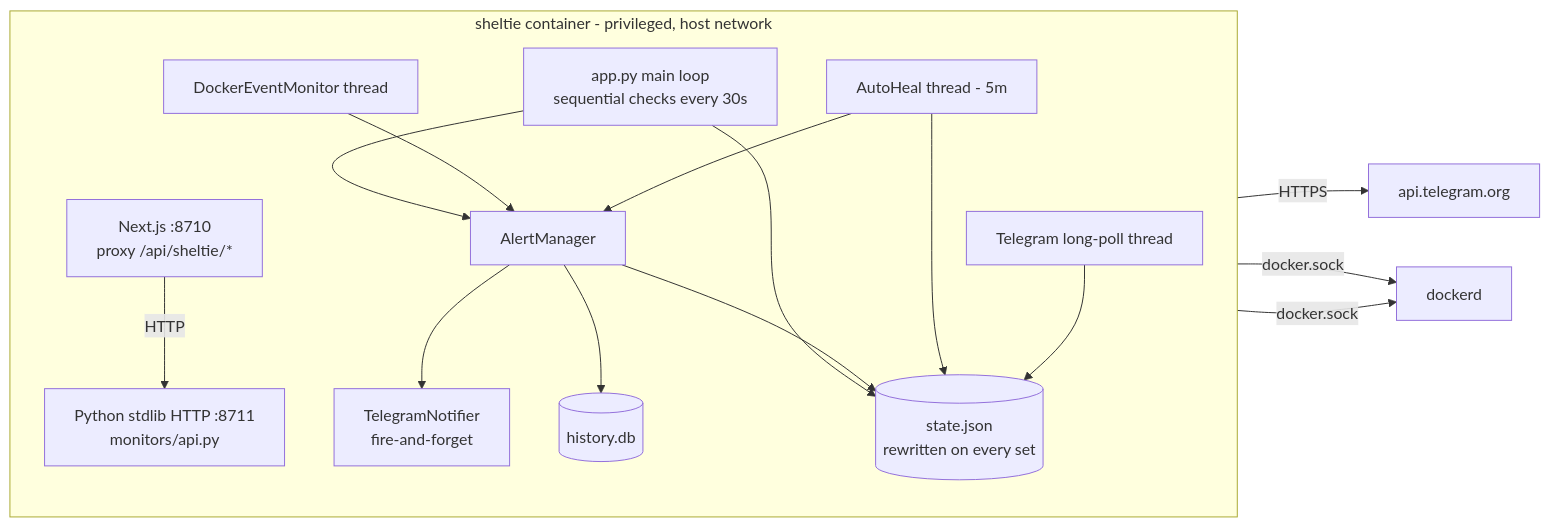
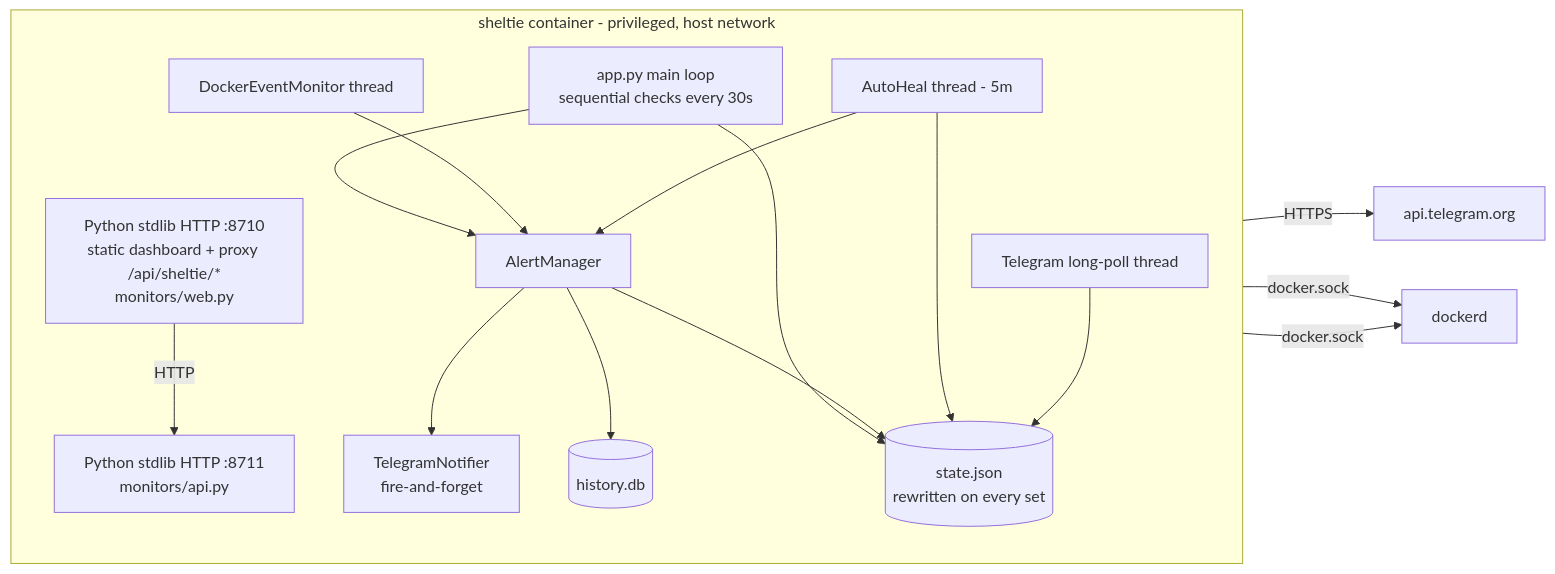
One commit to Xrg360/Sheltie changed the first of 6 diagrams in docs/ARCHITECTURE.md. Above: the diagram before and after it, drawn with Mermaid. The commit also changed other lines of this file and 43 other files, not shown here.

````diff
--- a/docs/ARCHITECTURE.md
+++ b/docs/ARCHITECTURE.md
@@ -15,20 +15,20 @@
 ```mermaid
 flowchart LR
   subgraph Container["sheltie container - privileged, host network"]
     direction TB
-    NEXT["Next.js :8710<br/>proxy /api/sheltie/*"] -->|HTTP| API["Python stdlib HTTP :8711<br/>monitors/api.py"]
+    WEB["Python stdlib HTTP :8710<br/>static dashboard + proxy /api/sheltie/*<br/>monitors/web.py"] -->|HTTP| API["Python stdlib HTTP :8711<br/>monitors/api.py"]
     MAIN["app.py main loop<br/>sequential checks every 30s"] --> AM["AlertManager"]
     DOCK["DockerEventMonitor thread"] --> AM
     HEAL["AutoHeal thread - 5m"] --> AM
     CMD["Telegram long-poll thread"]
     AM --> TG["TelegramNotifier<br/>fire-and-forget"]
     AM --> HIST[("history.db")]
     MAIN --> STATE[("state.json<br/>rewritten on every set")]
     AM --> STATE
     HEAL --> STATE
     CMD --> STATE
   end
   TG -->|HTTPS| TAPI["api.telegram.org"]
   DOCK -->|docker.sock| DOCKERD["dockerd"]
   HEAL -->|docker.sock| DOCKERD
 ```
````
